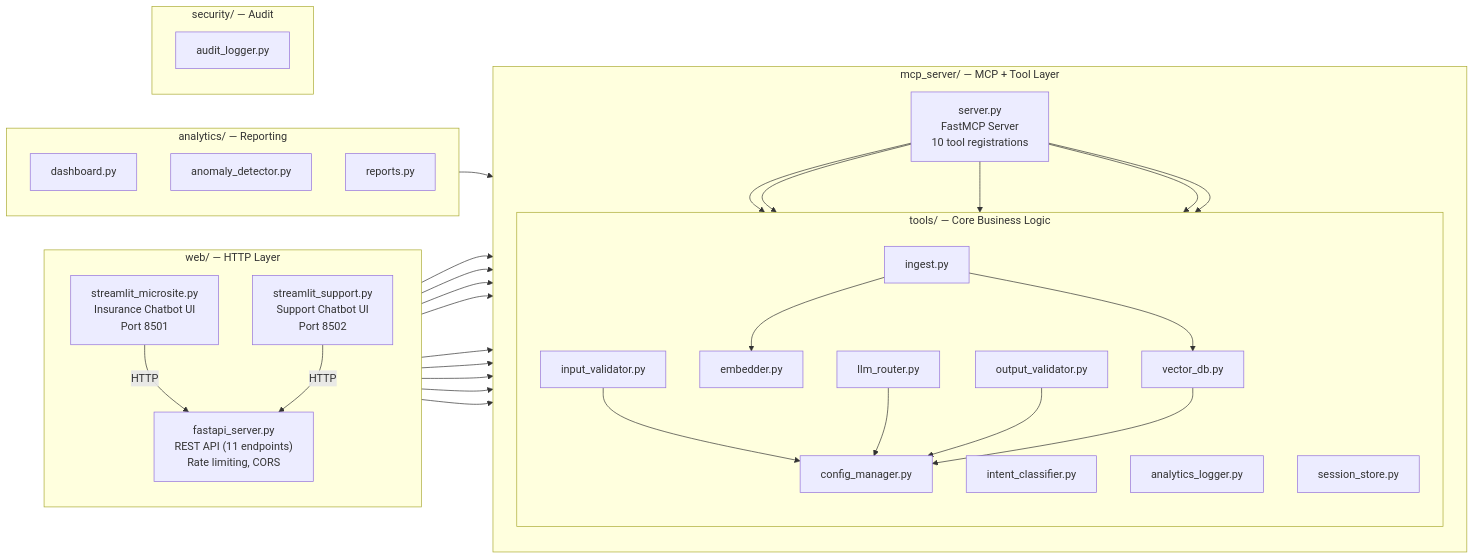
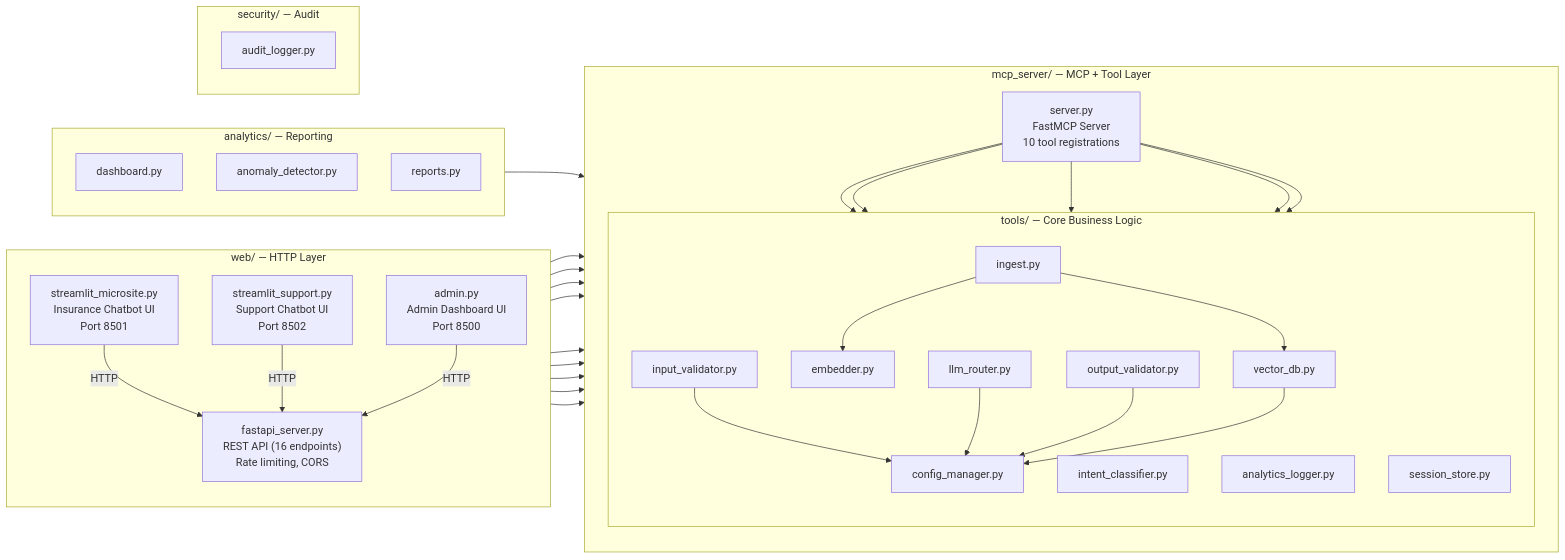
The second of 11 diagrams in prd/docs/ARCHITECTURE.md (rajrkdev/ai-lab), drawn with Mermaid before and after one commit. The commit also changed other lines of this file and 16 other files, not shown here.

First line of the commit message:
feat: add admin dashboard, collection management, and update diagrams

````diff
--- a/prd/docs/ARCHITECTURE.md
+++ b/prd/docs/ARCHITECTURE.md
@@ -122,63 +124,65 @@
 ```mermaid
 graph LR
     subgraph web["web/ — HTTP Layer"]
         direction TB
-        FSP["fastapi_server.py<br/>REST API (11 endpoints)<br/>Rate limiting, CORS"]
+        FSP["fastapi_server.py<br/>REST API (16 endpoints)<br/>Rate limiting, CORS"]
+        STA["admin.py<br/>Admin Dashboard UI<br/>Port 8500"]
         STM["streamlit_microsite.py<br/>Insurance Chatbot UI<br/>Port 8501"]
         STS["streamlit_support.py<br/>Support Chatbot UI<br/>Port 8502"]
     end
 
     subgraph mcp["mcp_server/ — MCP + Tool Layer"]
         direction TB
         SRV["server.py<br/>FastMCP Server<br/>10 tool registrations"]
 
         subgraph tools["tools/ — Core Business Logic"]
             direction TB
             IV2["input_validator.py"]
             IC3["intent_classifier.py"]
             EMB2["embedder.py"]
             VDB2["vector_db.py"]
             LLM2["llm_router.py"]
             OV2["output_validator.py"]
             ING2["ingest.py"]
             AL2["analytics_logger.py"]
             CM2["config_manager.py"]
             SS2["session_store.py"]
         end
     end
 
     subgraph analytics["analytics/ — Reporting"]
         direction TB
         DASH2["dashboard.py"]
         ANOM2["anomaly_detector.py"]
         REP2["reports.py"]
     end
 
     subgraph security["security/ — Audit"]
         AUD["audit_logger.py"]
     end
 
     FSP --> IV2
     FSP --> EMB2
     FSP --> VDB2
     FSP --> LLM2
     FSP --> OV2
     FSP --> IC3
     FSP --> AL2
     FSP --> ING2
     FSP --> SS2
     STM -->|"HTTP"| FSP
     STS -->|"HTTP"| FSP
+    STA -->|"HTTP"| FSP
     SRV --> IV2
     SRV --> EMB2
     SRV --> VDB2
     SRV --> LLM2
     SRV --> OV2
     ING2 --> EMB2
     ING2 --> VDB2
     ANOM2 --> AL2
     IV2 --> CM2
     LLM2 --> CM2
     OV2 --> CM2
     VDB2 --> CM2
 ```
````
